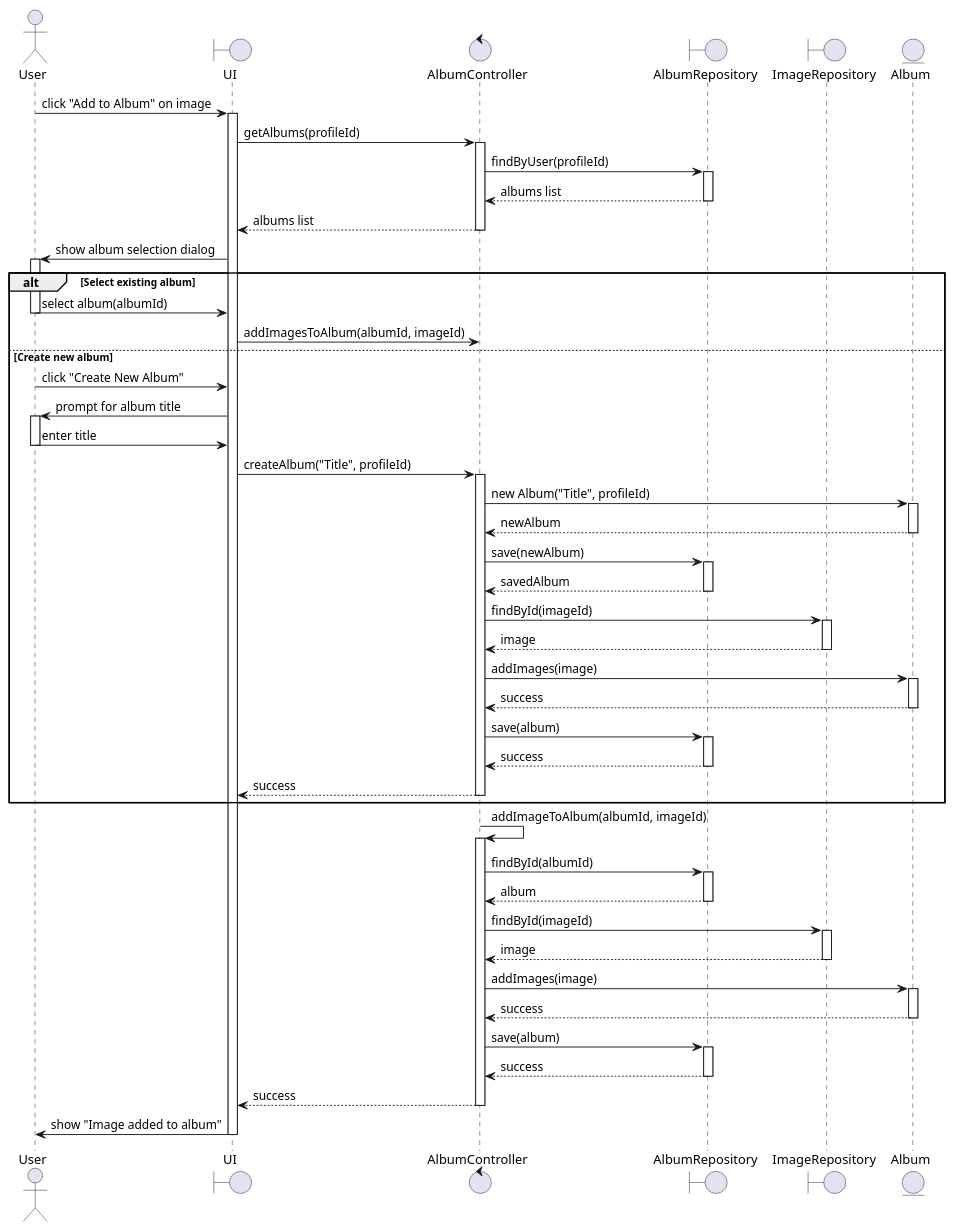
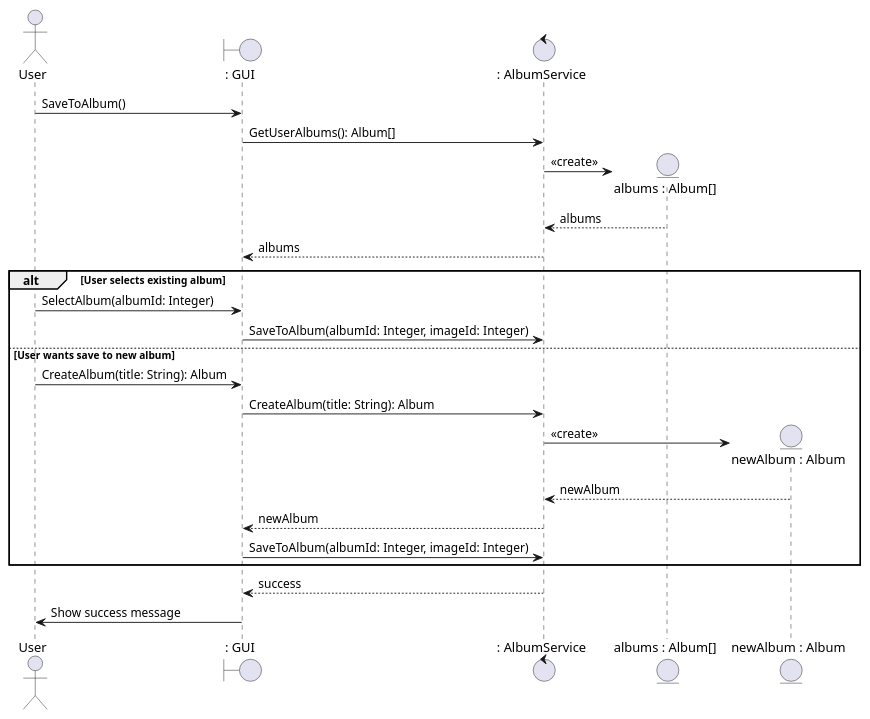
One commit to DustofTimeYT/DropDatabase changed the diagram in docs/user-add-image-to-album-extended-diagram.plantuml. Above: the diagram before and after it, drawn with PlantUML. The commit also changed 2 other files, not shown here.

Commit message:
Внёс правки в диаграммы итерации №3

```diff
--- a/docs/user-add-image-to-album-extended-diagram.plantuml
+++ b/docs/user-add-image-to-album-extended-diagram.plantuml
@@ -1,100 +1,30 @@
 @startuml
 
-actor User
-boundary "UI" as UI
-control "AlbumController" as AC
-boundary "AlbumRepository" as AR
-boundary "ImageRepository" as IR
-entity "Album" as A
+actor "User" as u
+boundary ": GUI" as page
+control ": AlbumService" as albumService
 
-User -> UI: click "Add to Album" on image
-activate UI
+u -> page : SaveToAlbum()
+page -> albumService : GetUserAlbums(): Album[]
+create entity "albums : Album[]" as albums
+albumService -> albums : <<create>>
+albums --> albumService : albums
+albumService --> page : albums
 
-UI -> AC: getAlbums(profileId)
-activate AC
-AC -> AR: findByUser(profileId)
-activate AR
-AR --> AC: albums list
-deactivate AR
-AC --> UI: albums list
-deactivate AC
-
-UI -> User: show album selection dialog
-activate User
-
-alt Select existing album
-    User -> UI: select album(albumId)
-    deactivate User
-
-    UI -> AC: addImagesToAlbum(albumId, imageId)
-
-else Create new album
-    User -> UI: click "Create New Album"
-    deactivate User
-
-    UI -> User: prompt for album title
-    activate User
-    User -> UI: enter title
-    deactivate User
-
-    UI -> AC: createAlbum("Title", profileId)
-    activate AC
-
-    AC -> A: new Album("Title", profileId)
-    activate A
-    A --> AC: newAlbum
-    deactivate A
-
-    AC -> AR: save(newAlbum)
-    activate AR
-    AR --> AC: savedAlbum
-    deactivate AR
-
-    AC -> IR: findById(imageId)
-    activate IR
-    IR --> AC: image
-    deactivate IR
-
-    AC -> A: addImages(image)
-    activate A
-    A --> AC: success
-    deactivate A
-
-    AC -> AR: save(album)
-    activate AR
-    AR --> AC: success
-    deactivate AR
-
-    AC --> UI: success
-    deactivate AC
+alt User selects existing album
+    u -> page : SelectAlbum(albumId: Integer)
+    page -> albumService : SaveToAlbum(albumId: Integer, imageId: Integer)
+else User wants save to new album
+    u -> page : CreateAlbum(title: String): Album
+    page -> albumService : CreateAlbum(title: String): Album
+    create entity "newAlbum : Album" as newAlbum
+    albumService -> newAlbum : <<create>>
+    newAlbum --> albumService : newAlbum
+    albumService --> page : newAlbum
+    page -> albumService : SaveToAlbum(albumId: Integer, imageId: Integer)
 end
 
-AC -> AC: addImageToAlbum(albumId, imageId)
-activate AC
-AC -> AR: findById(albumId)
-activate AR
-AR --> AC: album
-deactivate AR
-
-AC -> IR: findById(imageId)
-activate IR
-IR --> AC: image
-deactivate IR
-
-AC -> A: addImages(image)
-activate A
-A --> AC: success
-deactivate A
-
-AC -> AR: save(album)
-activate AR
-AR --> AC: success
-deactivate AR
-
-AC --> UI: success
-deactivate AC
-
-UI -> User: show "Image added to album"
-deactivate UI
+albumService --> page : success
+page -> u : Show success message
 
 @enduml
```
